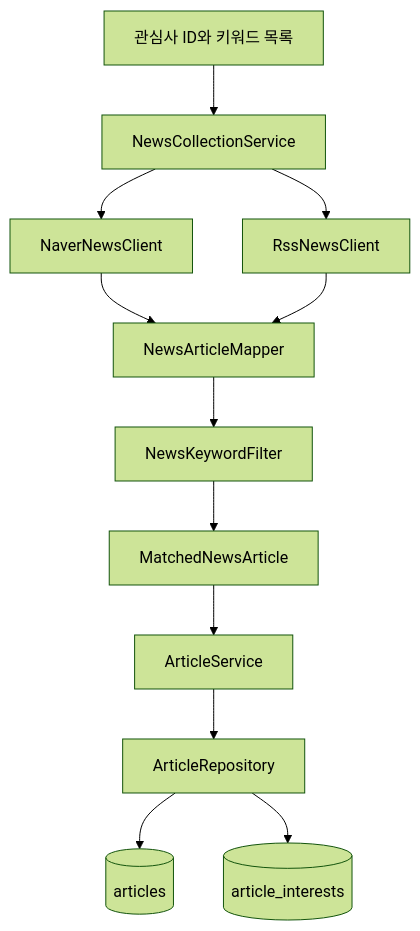
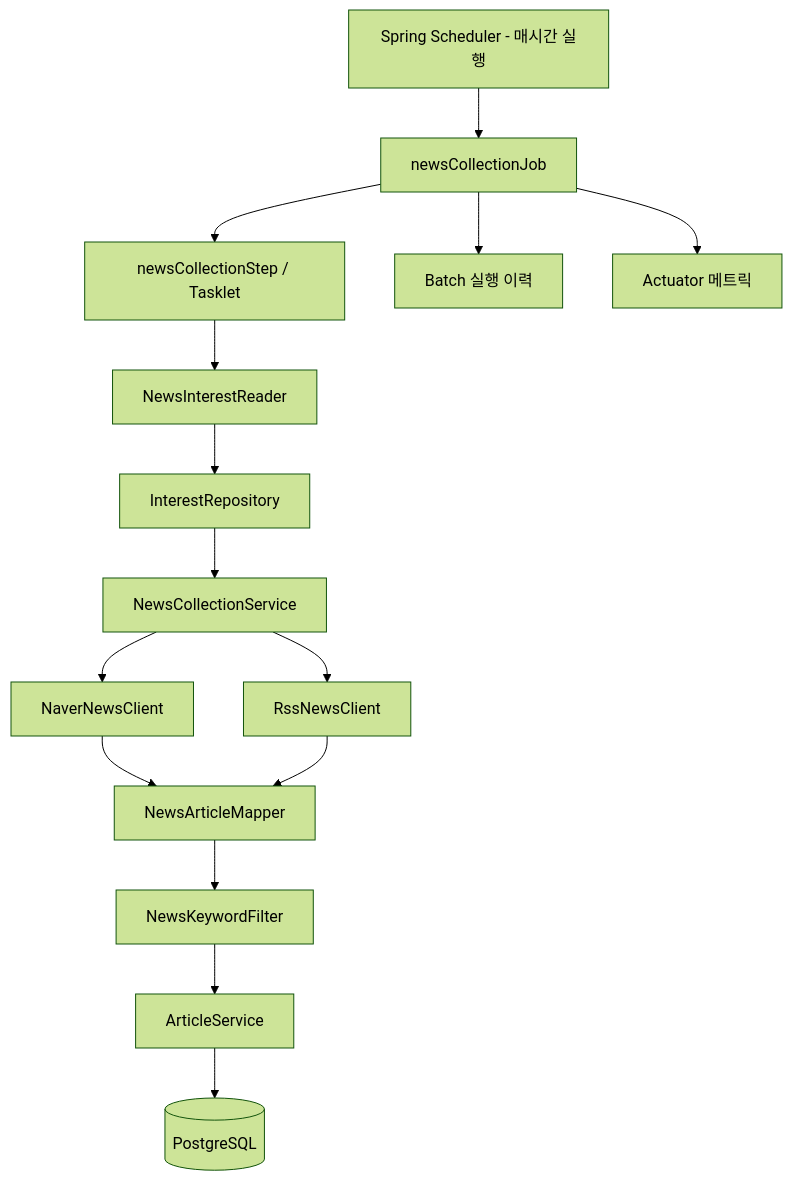
Before and after one commit to uhae451/sb15-monew-team02: the second of 4 diagrams in README.md, drawn with Mermaid (forest theme). The commit also changed other lines of this file, not shown here.

Commit message:
docs: Spring Batch 및 뉴스 자동 수집 기능 관련 README 최신화

````diff
--- a/README.md
+++ b/README.md
@@ -163,14 +91,17 @@
 ```mermaid
 flowchart TD
-    A[관심사 ID와 키워드 목록] --> B[NewsCollectionService]
-    B --> C[NaverNewsClient]
-    B --> D[RssNewsClient]
-    C --> E[NewsArticleMapper]
-    D --> E
-    E --> F[NewsKeywordFilter]
-    F --> G[MatchedNewsArticle]
-    G --> H[ArticleService]
-    H --> I[ArticleRepository]
-    I --> J[(articles)]
-    I --> K[(article_interests)]
+    A[Spring Scheduler - 매시간 실행] --> B[newsCollectionJob]
+    B --> C[newsCollectionStep / Tasklet]
+    C --> D[NewsInterestReader]
+    D --> E[InterestRepository]
+    E --> F[NewsCollectionService]
+    F --> G[NaverNewsClient]
+    F --> H[RssNewsClient]
+    G --> I[NewsArticleMapper]
+    H --> I
+    I --> J[NewsKeywordFilter]
+    J --> K[ArticleService]
+    K --> L[(PostgreSQL)]
+    B --> M[Batch 실행 이력]
+    B --> N[Actuator 메트릭]
 ```
````
